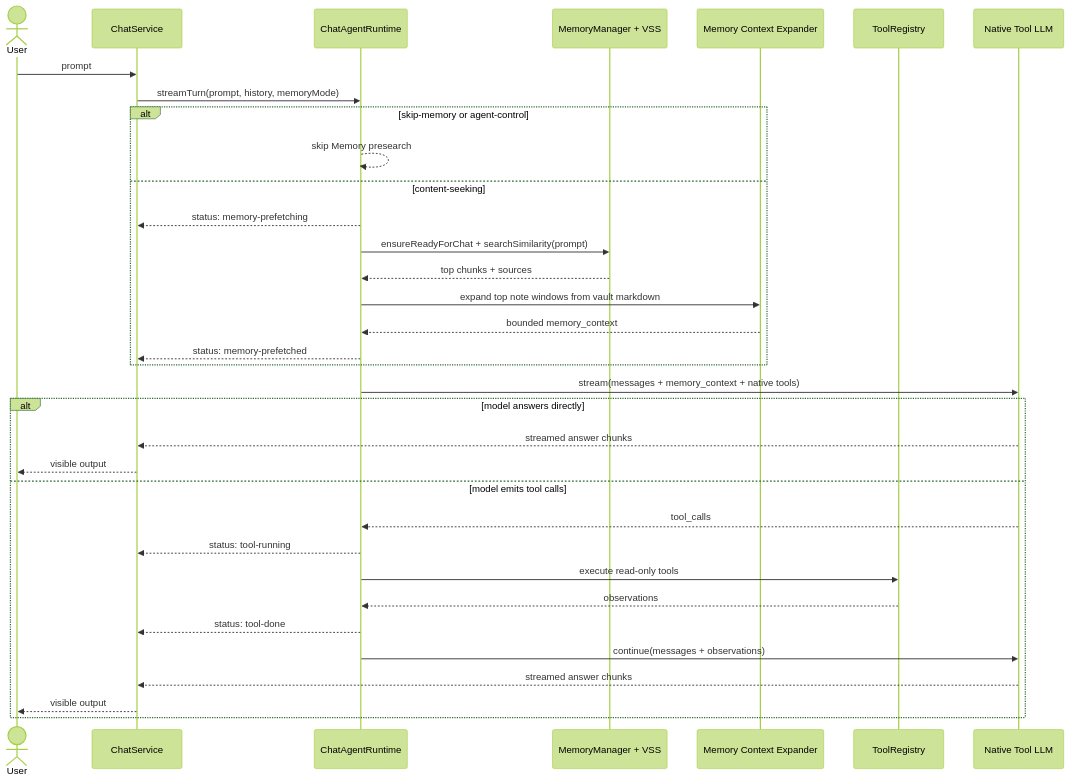
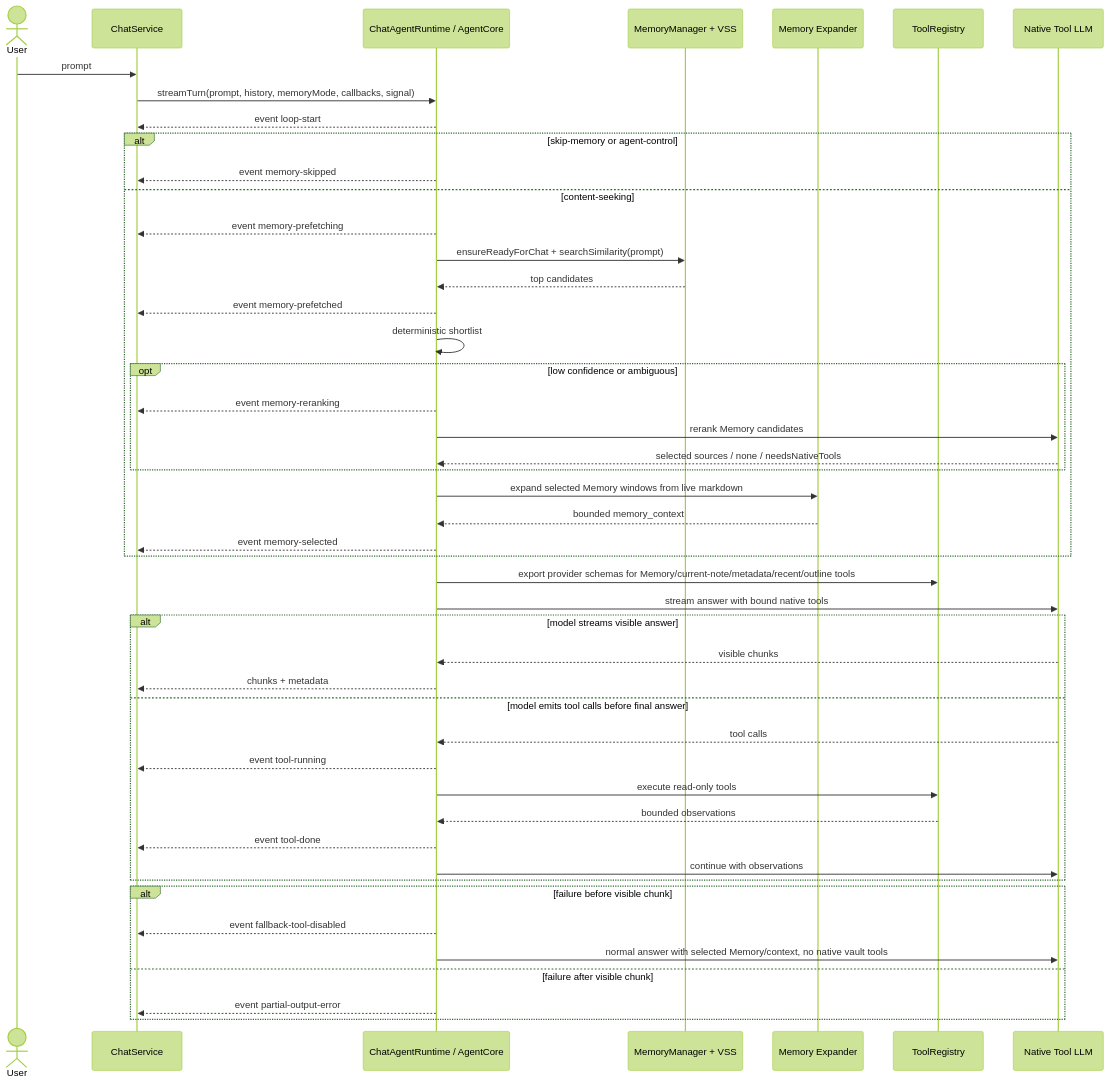
Before and after one commit to edonyzpc/personal-assistant: the diagram in docs/chat-agent-native-ralpha-loop-plan.md, drawn with Mermaid (forest theme). The commit also changed other lines of this file and 7 other files, not shown here.

````diff
--- a/docs/chat-agent-native-ralpha-loop-plan.md
+++ b/docs/chat-agent-native-ralpha-loop-plan.md
@@ -17,40 +58,55 @@
 ```mermaid
 sequenceDiagram
   actor User as User
   participant Chat as ChatService
-  participant Agent as ChatAgentRuntime
+  participant Agent as ChatAgentRuntime / AgentCore
   participant Memory as MemoryManager + VSS
-  participant Expand as Memory Context Expander
+  participant Expand as Memory Expander
   participant Tools as ToolRegistry
   participant LLM as Native Tool LLM
 
   User->>Chat: prompt
-  Chat->>Agent: streamTurn(prompt, history, memoryMode)
+  Chat->>Agent: streamTurn(prompt, history, memoryMode, callbacks, signal)
+
+  Agent-->>Chat: event loop-start
 
   alt skip-memory or agent-control
-    Agent-->>Agent: skip Memory presearch
+    Agent-->>Chat: event memory-skipped
   else content-seeking
-    Agent-->>Chat: status: memory-prefetching
+    Agent-->>Chat: event memory-prefetching
     Agent->>Memory: ensureReadyForChat + searchSimilarity(prompt)
-    Memory-->>Agent: top chunks + sources
-    Agent->>Expand: expand top note windows from vault markdown
+    Memory-->>Agent: top candidates
+    Agent-->>Chat: event memory-prefetched
+    Agent->>Agent: deterministic shortlist
+    opt low confidence or ambiguous
+      Agent-->>Chat: event memory-reranking
+      Agent->>LLM: rerank Memory candidates
+      LLM-->>Agent: selected sources / none / needsNativeTools
+    end
+    Agent->>Expand: expand selected Memory windows from live markdown
     Expand-->>Agent: bounded memory_context
-    Agent-->>Chat: status: memory-prefetched
+    Agent-->>Chat: event memory-selected
   end
 
-  Agent->>LLM: stream(messages + memory_context + native tools)
+  Agent->>Tools: export provider schemas for Memory/current-note/metadata/recent/outline tools
+  Agent->>LLM: stream answer with bound native tools
 
-  alt model answers directly
-    LLM-->>Chat: streamed answer chunks
-    Chat-->>User: visible output
-  else model emits tool calls
-    LLM-->>Agent: tool_calls
-    Agent-->>Chat: status: tool-running
+  alt model streams visible answer
+    LLM-->>Agent: visible chunks
+    Agent-->>Chat: chunks + metadata
+  else model emits tool calls before final answer
+    LLM-->>Agent: tool calls
+    Agent-->>Chat: event tool-running
     Agent->>Tools: execute read-only tools
-    Tools-->>Agent: observations
-    Agent-->>Chat: status: tool-done
-    Agent->>LLM: continue(messages + observations)
-    LLM-->>Chat: streamed answer chunks
-    Chat-->>User: visible output
+    Tools-->>Agent: bounded observations
+    Agent-->>Chat: event tool-done
+    Agent->>LLM: continue with observations
+  end
+
+  alt failure before visible chunk
+    Agent-->>Chat: event fallback-tool-disabled
+    Agent->>LLM: normal answer with selected Memory/context, no native vault tools
+  else failure after visible chunk
+    Agent-->>Chat: event partial-output-error
   end
 ```
````
